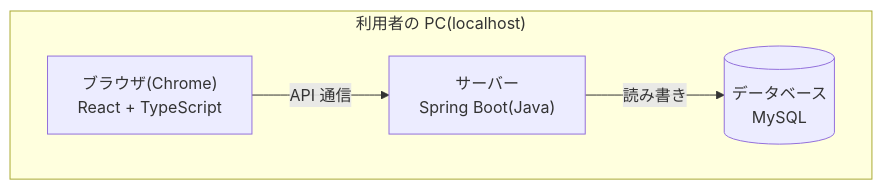
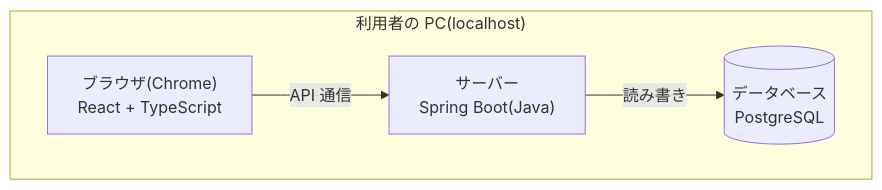
The third of 3 diagrams in docs/requirements/data-concept.md (hmasu158648/TASKMANAGEMENT), drawn with Mermaid before and after one commit. The commit also changed other lines of this file and 3 other files, not shown here.

````diff
--- a/docs/requirements/data-concept.md
+++ b/docs/requirements/data-concept.md
@@ -73,11 +73,11 @@
 ```mermaid
 flowchart LR
     subgraph PC["利用者の PC(localhost)"]
         direction LR
         BR["ブラウザ(Chrome)<br/>React + TypeScript"]
         SV["サーバー<br/>Spring Boot(Java)"]
-        DB[("データベース<br/>MySQL")]
+        DB[("データベース<br/>PostgreSQL")]
         BR -- "API 通信" --> SV
         SV -- "読み書き" --> DB
     end
 ```
````
